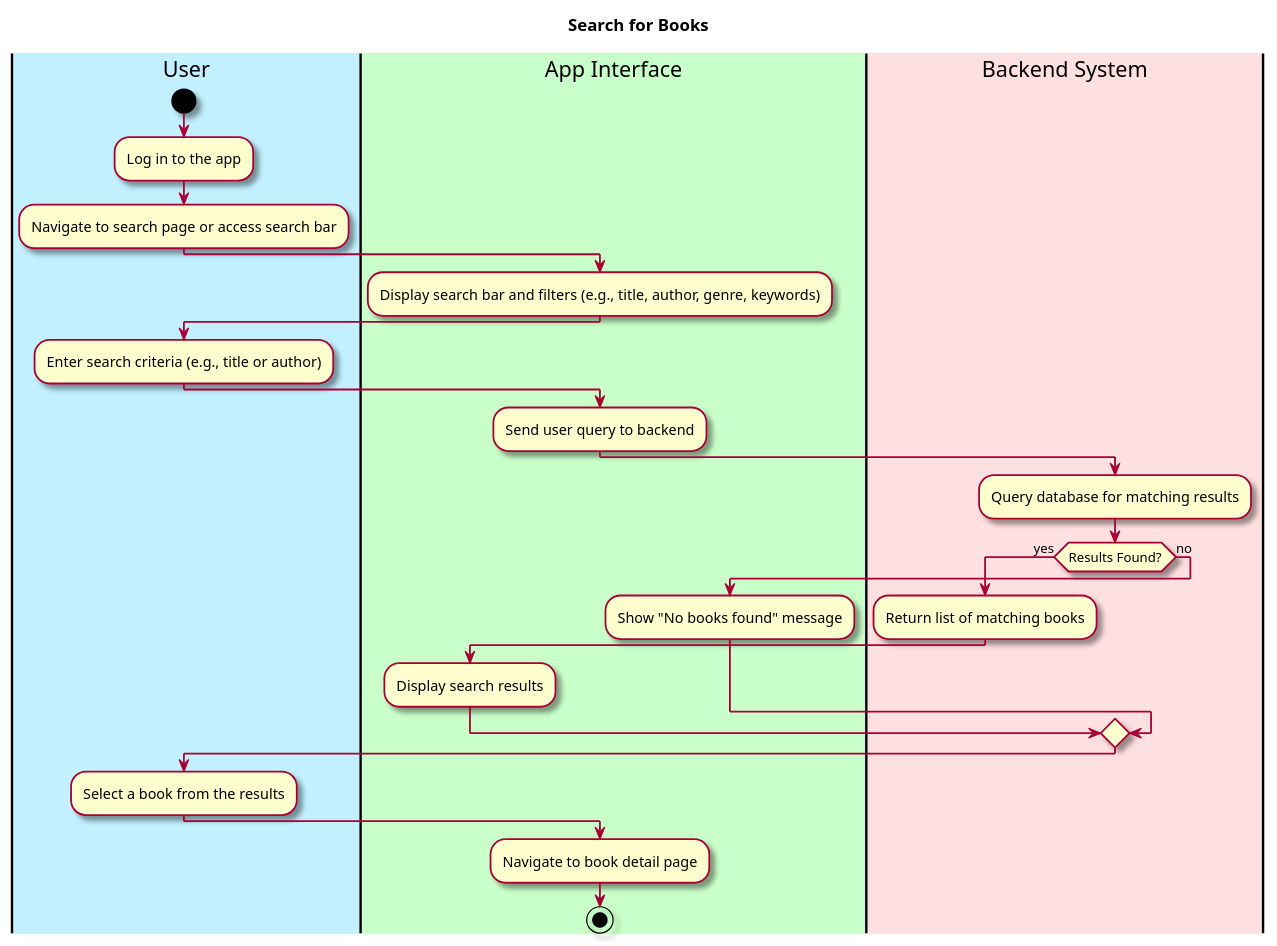
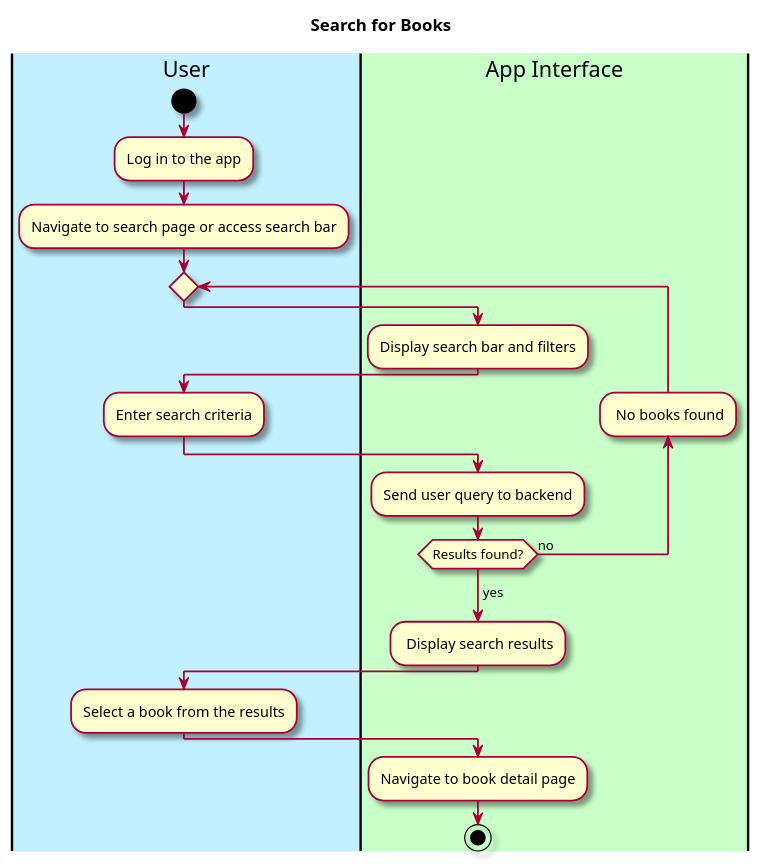
One commit to Khurshid03/team-2b changed the diagram in intellij/doc/use-cases/search-for-books.md. Above: the diagram before and after it, drawn with PlantUML. The commit also changed 4 other files, not shown here.

Commit message:
Edited the use-case file, specifically workflow diagrams

```````diff
--- a/intellij/doc/use-cases/search-for-books.md
+++ b/intellij/doc/use-cases/search-for-books.md
@@ -37,44 +37,39 @@
 ```plantuml
 @startuml
 
 skin rose
 
 title Search for Books
 
 |#application|User|
 |#technology|App Interface|
-|#Implementation|Backend System|
+
 
 |User|
 start
 :Log in to the app;
 :Navigate to search page or access search bar;
 
+repeat
 |App Interface|
-:Display search bar and filters (e.g., title, author, genre, keywords);
+:Display search bar and filters;
 
 |User|
-:Enter search criteria (e.g., title or author);
+:Enter search criteria;
 
 |App Interface|
 :Send user query to backend;
 
-|Backend System|
-:Query database for matching results;
-if (Results Found?) then (yes)
-  :Return list of matching books;
-  |App Interface|
-  :Display search results;
-else (no)
-  |App Interface|
-  :Show "No books found" message;
-endif
+backward: No books found;
+repeat while (Results found?) is (no)
+-> yes;
+    : Display search results;
 
 |User|
 :Select a book from the results;
 |App Interface|
 :Navigate to book detail page;
 stop 
 
 @enduml
 ``````
```````
